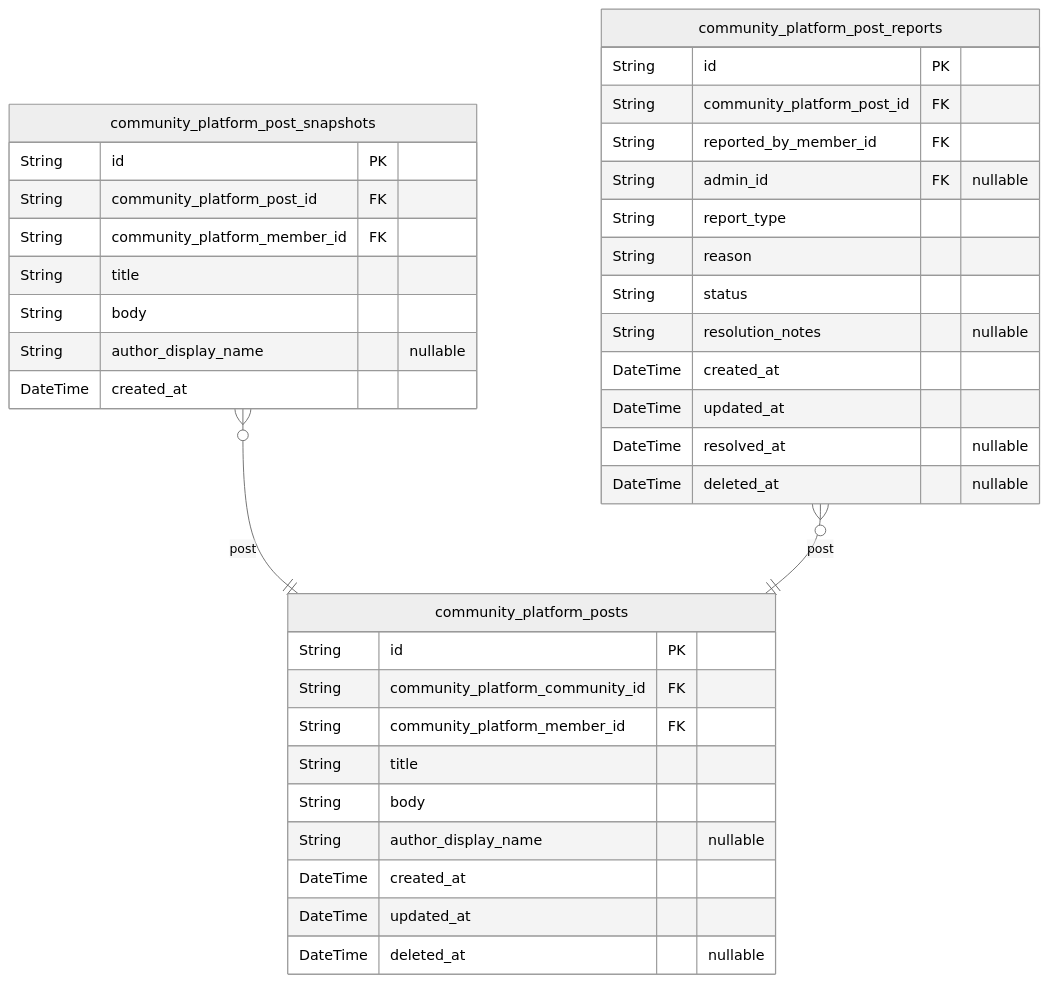
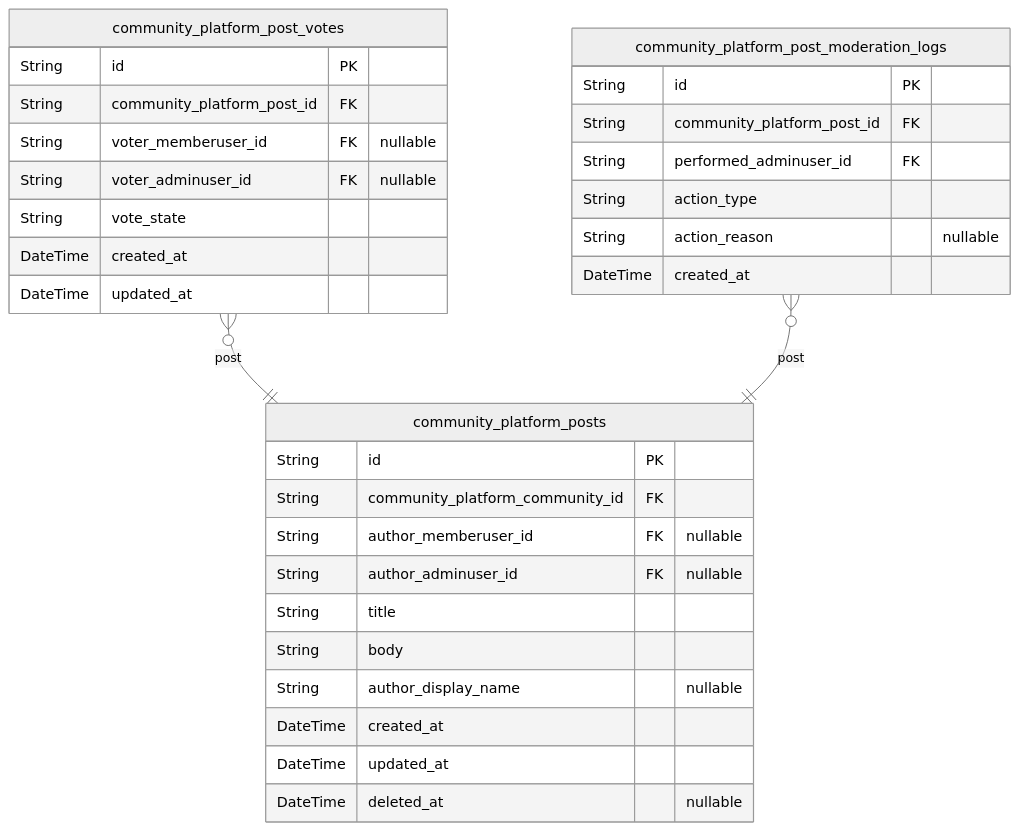
One commit to wrtnlabs/autobe-example-reddit-openai-gpt-4.1 changed the fourth of 6 diagrams in docs/ERD.md. Above: the diagram before and after it, drawn with Mermaid (neutral theme). The commit also changed other lines of this file and 820 other files, not shown here.

````diff
--- a/docs/ERD.md
+++ b/docs/ERD.md
@@ -489,39 +450,34 @@
 ```mermaid
 erDiagram
 "community_platform_posts" {
   String id PK
   String community_platform_community_id FK
-  String community_platform_member_id FK
+  String author_memberuser_id FK "nullable"
+  String author_adminuser_id FK "nullable"
   String title
   String body
   String author_display_name "nullable"
   DateTime created_at
   DateTime updated_at
   DateTime deleted_at "nullable"
 }
-"community_platform_post_snapshots" {
+"community_platform_post_votes" {
   String id PK
   String community_platform_post_id FK
-  String community_platform_member_id FK
-  String title
-  String body
-  String author_display_name "nullable"
+  String voter_memberuser_id FK "nullable"
+  String voter_adminuser_id FK "nullable"
+  String vote_state
+  DateTime created_at
+  DateTime updated_at
+}
+"community_platform_post_moderation_logs" {
+  String id PK
+  String community_platform_post_id FK
+  String performed_adminuser_id FK
+  String action_type
+  String action_reason "nullable"
   DateTime created_at
 }
-"community_platform_post_reports" {
-  String id PK
-  String community_platform_post_id FK
-  String reported_by_member_id FK
-  String admin_id FK "nullable"
-  String report_type
-  String reason
-  String status
-  String resolution_notes "nullable"
-  DateTime created_at
-  DateTime updated_at
-  DateTime resolved_at "nullable"
-  DateTime deleted_at "nullable"
-}
-"community_platform_post_snapshots" }o--|| "community_platform_posts" : post
-"community_platform_post_reports" }o--|| "community_platform_posts" : post
+"community_platform_post_votes" }o--|| "community_platform_posts" : post
+"community_platform_post_moderation_logs" }o--|| "community_platform_posts" : post
 ```
````
